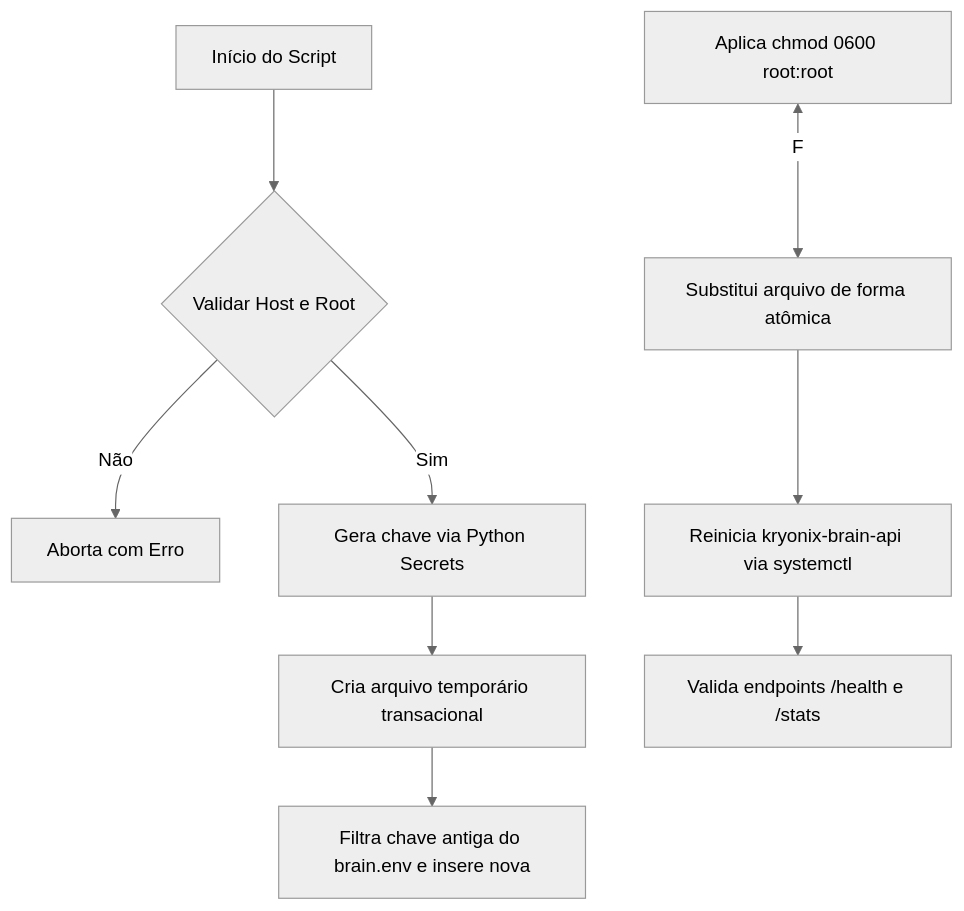
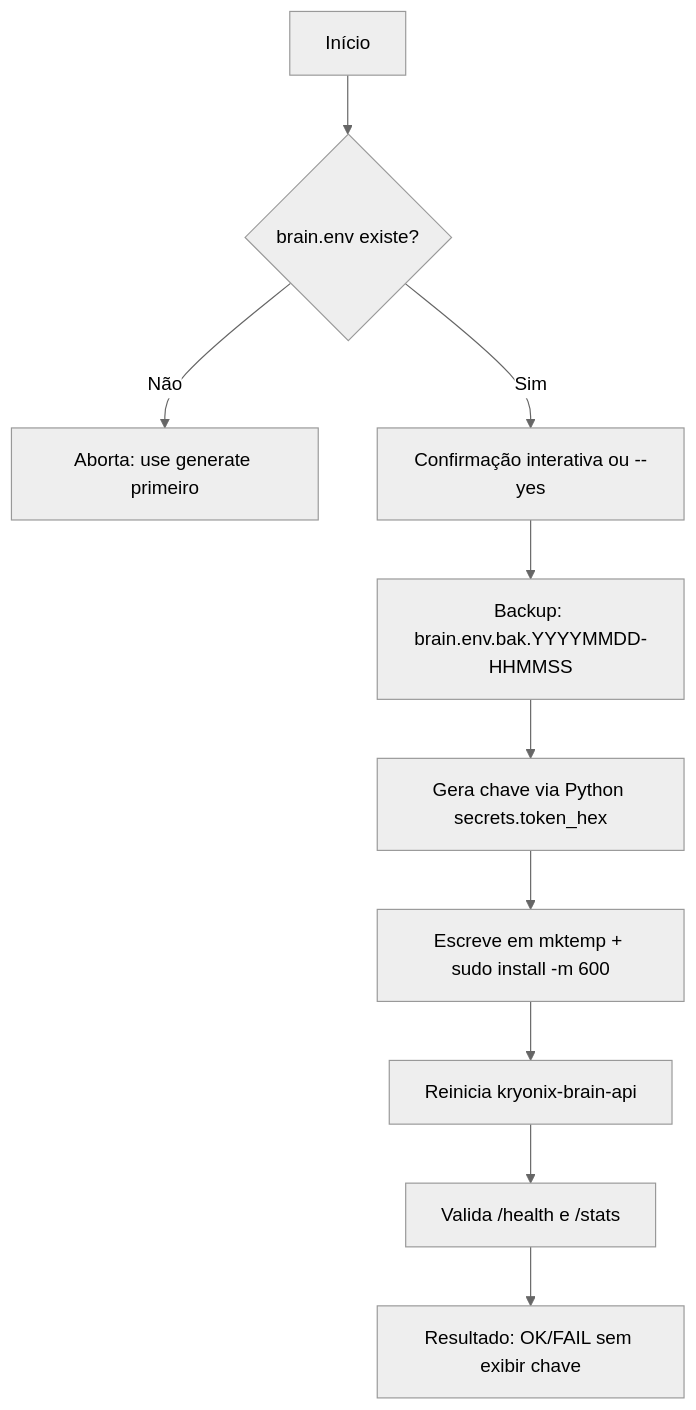
Before and after one commit to RAGton/ragos-nixos: the diagram in docs/operations/API_KEY_ROTATION.md, drawn with Mermaid (neutral theme). The commit also changed other lines of this file and 2 other files, not shown here.

First line of the commit message:
docs(security): document Brain API key lifecycle

````diff
--- a/docs/operations/API_KEY_ROTATION.md
+++ b/docs/operations/API_KEY_ROTATION.md
@@ -35,11 +51,12 @@
 ```mermaid
 graph TD
-    A[Início do Script] --> B{Validar Host e Root}
-    B -- Não --> C[Aborta com Erro]
-    B -- Sim --> D[Gera chave via Python Secrets]
-    D --> E[Cria arquivo temporário transacional]
-    E --> F[Filtra chave antiga do brain.env e insere nova]
-    G[Aplica chmod 0600 root:root] <-- F --> H[Substitui arquivo de forma atômica]
-    H --> I[Reinicia kryonix-brain-api via systemctl]
-    I --> J[Valida endpoints /health e /stats]
+    A[Início] --> B{brain.env existe?}
+    B -- Não --> C[Aborta: use generate primeiro]
+    B -- Sim --> D[Confirmação interativa ou --yes]
+    D --> E[Backup: brain.env.bak.YYYYMMDD-HHMMSS]
+    E --> F[Gera chave via Python secrets.token_hex]
+    F --> G[Escreve em mktemp + sudo install -m 600]
+    G --> H[Reinicia kryonix-brain-api]
+    H --> I[Valida /health e /stats]
+    I --> J[Resultado: OK/FAIL sem exibir chave]
 ```
````
